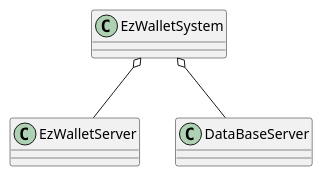
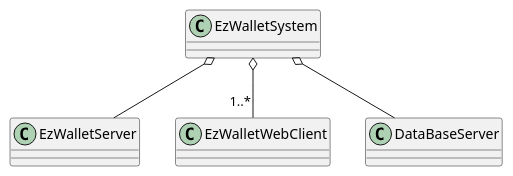
The fourth of 5 diagrams in RequirementsDocumentV1.md (lara-m2000/ezwallet), drawn with PlantUML before and after one commit. The commit also changed other lines of this file, not shown here.

Commit message:
docs: added web client

````diff
--- a/RequirementsDocumentV1.md
+++ b/RequirementsDocumentV1.md
@@ -580,13 +580,14 @@
 ```plantuml
 @startuml
 
 class EzWalletSystem
-
 class EzWalletServer
+class EzWalletWebClient
 
 EzWalletSystem o-- EzWalletServer
 EzWalletSystem o-- DataBaseServer
+EzWalletSystem o-- "1..*" EzWalletWebClient
 
 
 @enduml
 ```
````
